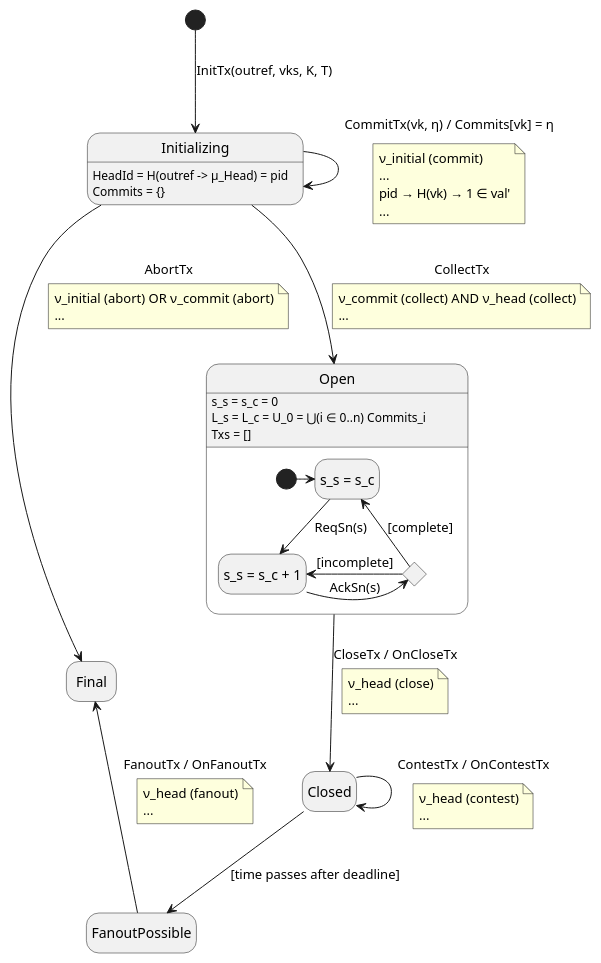
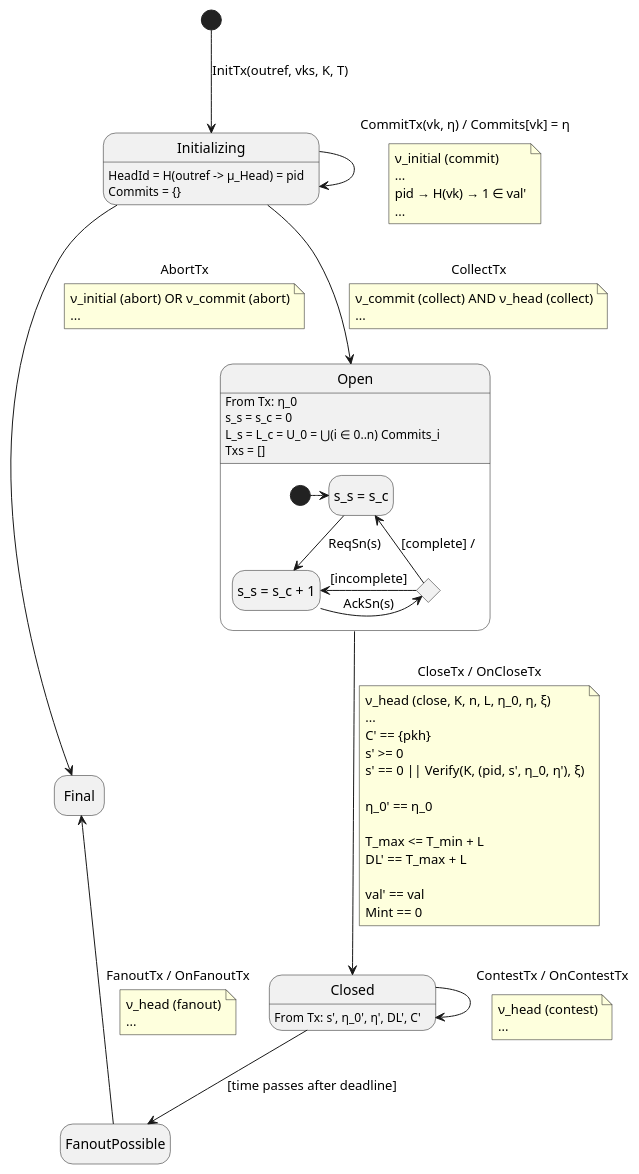
Before and after one commit to pureteh/hydra: the diagram in spec/hydra-headv1.org, drawn with PlantUML. The commit also changed other lines of this file, not shown here.

Commit message:
Add some expressions to v_head(close)

```diff
--- a/spec/hydra-headv1.org
+++ b/spec/hydra-headv1.org
@@ -20,63 +20,76 @@
 #+BEGIN_SRC plantuml
 @startuml
 hide empty description
 
 Initializing : HeadId = H(outref -> μ_Head) = pid
 Initializing : Commits = {}
 
 [*] --> Initializing : InitTx(outref, vks, K, T)
 Initializing -> Initializing : CommitTx(vk, η) / Commits[vk] = η
 note on link
   ν_initial (commit)
   ...
   pid → H(vk) → 1 ∈ val'
   ...
 end note
 
 Initializing --> Final : AbortTx
 note on link
   ν_initial (abort) OR ν_commit (abort)
   ...
 end note
 
 Initializing --> Open : CollectTx
 note on link
   ν_commit (collect) AND ν_head (collect)
   ...
 end note
 
 state Open {
   state "s_s = s_c" as noseen
   state "s_s = s_c + 1" as seen
   state ackc <<choice>>
   [*] -> noseen
   noseen --> seen : ReqSn(s)
   seen -> ackc : AckSn(s)
-  ackc -> noseen : [complete]
+  ackc -> noseen : [complete] /
   ackc -> seen : [incomplete]
 }
+Open : From Tx: η_0
 Open : s_s = s_c = 0
 Open : L_s = L_c = U_0 = ⋃(i ∈ 0..n) Commits_i
 Open : Txs = []
 
+Closed : From Tx: s', η_0', η', DL', C'
 
 Open --> Closed : CloseTx / OnCloseTx
 note on link
-  ν_head (close)
+  ν_head (close, K, n, L, η_0, η, ξ)
   ...
+  C' == {pkh}
+  s' >= 0
+  s' == 0 || Verify(K, (pid, s', η_0, η'), ξ)
+
+  η_0' == η_0
+
+  T_max <= T_min + L
+  DL' == T_max + L
+
+  val' == val
+  Mint == 0
 end note
 
 Closed -> Closed : ContestTx / OnContestTx
 note on link
   ν_head (contest)
   ...
 end note
 
 Closed --> FanoutPossible : [time passes after deadline]
 FanoutPossible -left-> Final : FanoutTx / OnFanoutTx
 note on link
   ν_head (fanout)
   ...
 end note
 @enduml
 #+END_SRC
```
